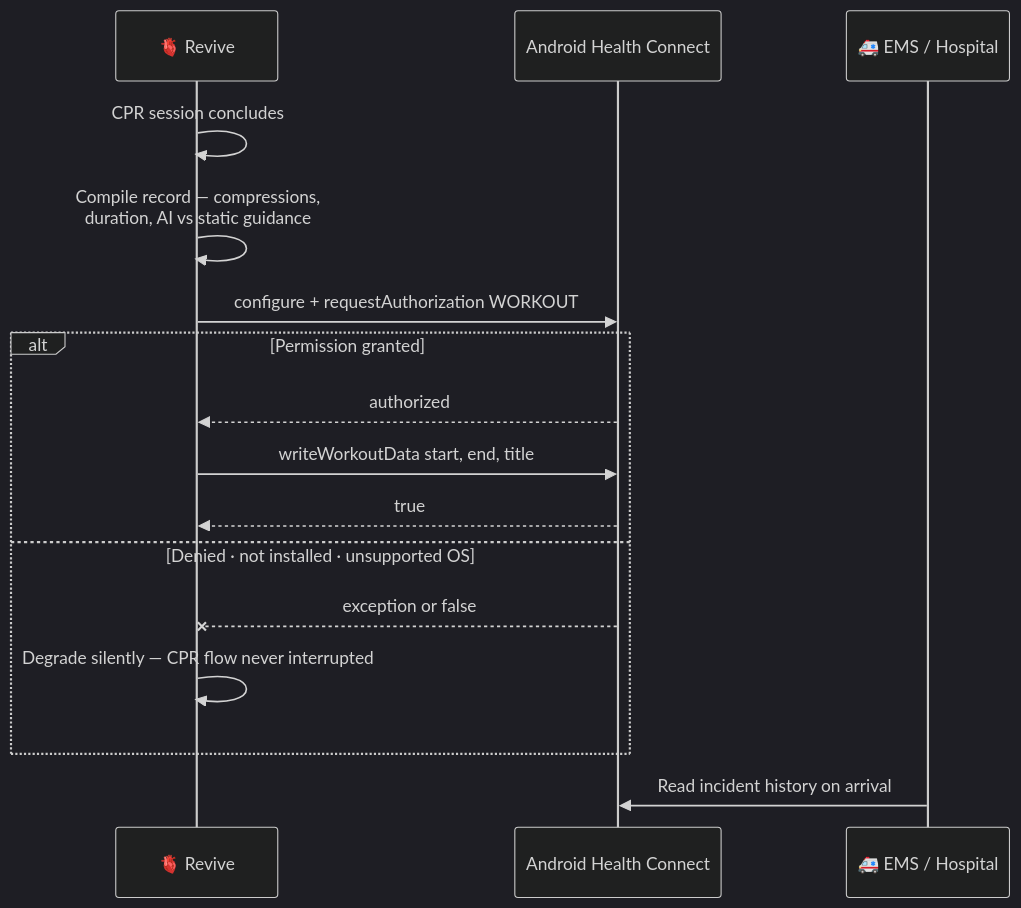
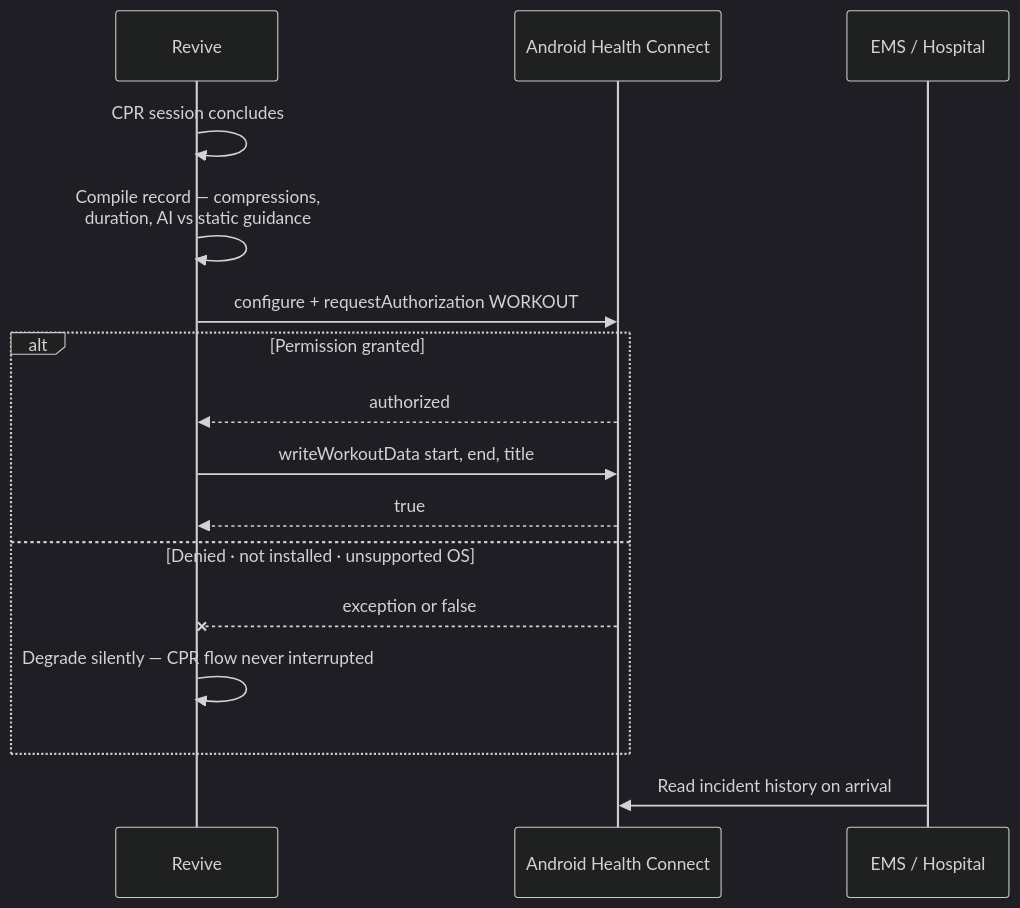
Before and after one commit to V1shnuuu/REV: the fourth of 4 diagrams in README.md, drawn with Mermaid (dark theme). The commit also changed other lines of this file, not shown here.

````diff
--- a/README.md
+++ b/README.md
@@ -398,21 +343,21 @@
 ```mermaid
 sequenceDiagram
-    participant App as 🫀 Revive
+    participant App as Revive
     participant HC as Android Health Connect
-    participant EMS as 🚑 EMS / Hospital
+    participant EMS as EMS / Hospital
 
     App->>App: CPR session concludes
     App->>App: Compile record — compressions,<br/>duration, AI vs static guidance
     App->>HC: configure + requestAuthorization WORKOUT
 
     alt Permission granted
         HC-->>App: authorized
         App->>HC: writeWorkoutData start, end, title
         HC-->>App: true
     else Denied · not installed · unsupported OS
         HC--xApp: exception or false
         App->>App: Degrade silently — CPR flow never interrupted
     end
 
     EMS->>HC: Read incident history on arrival
 ```
````
